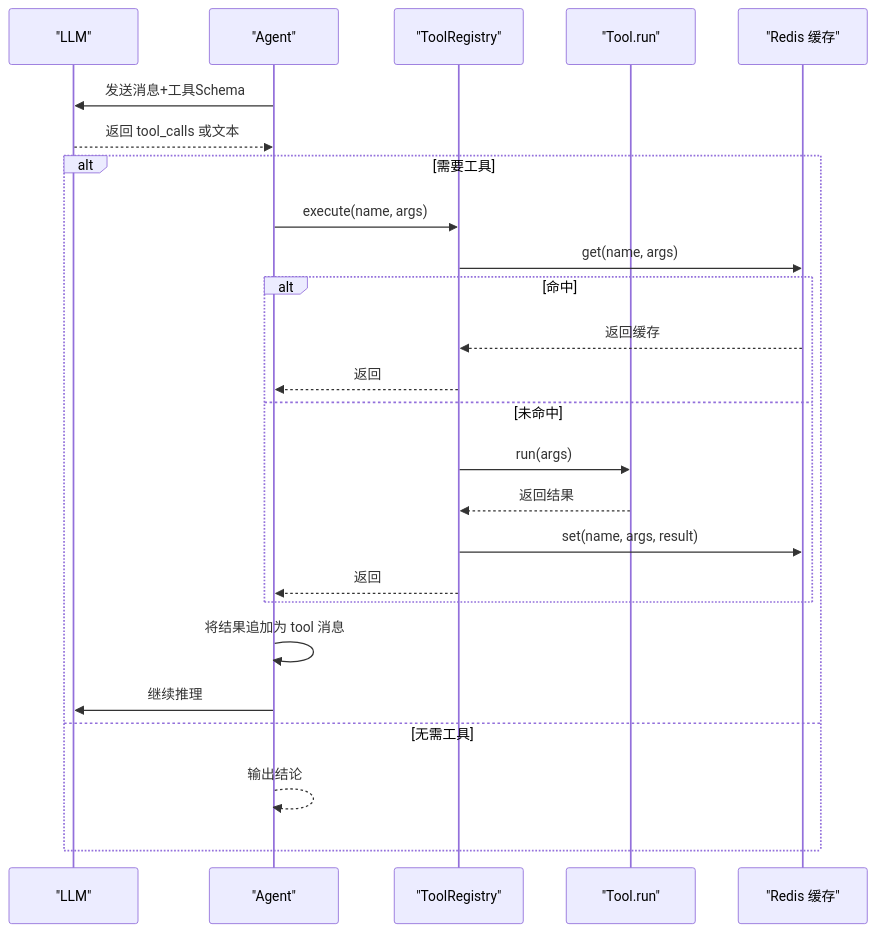
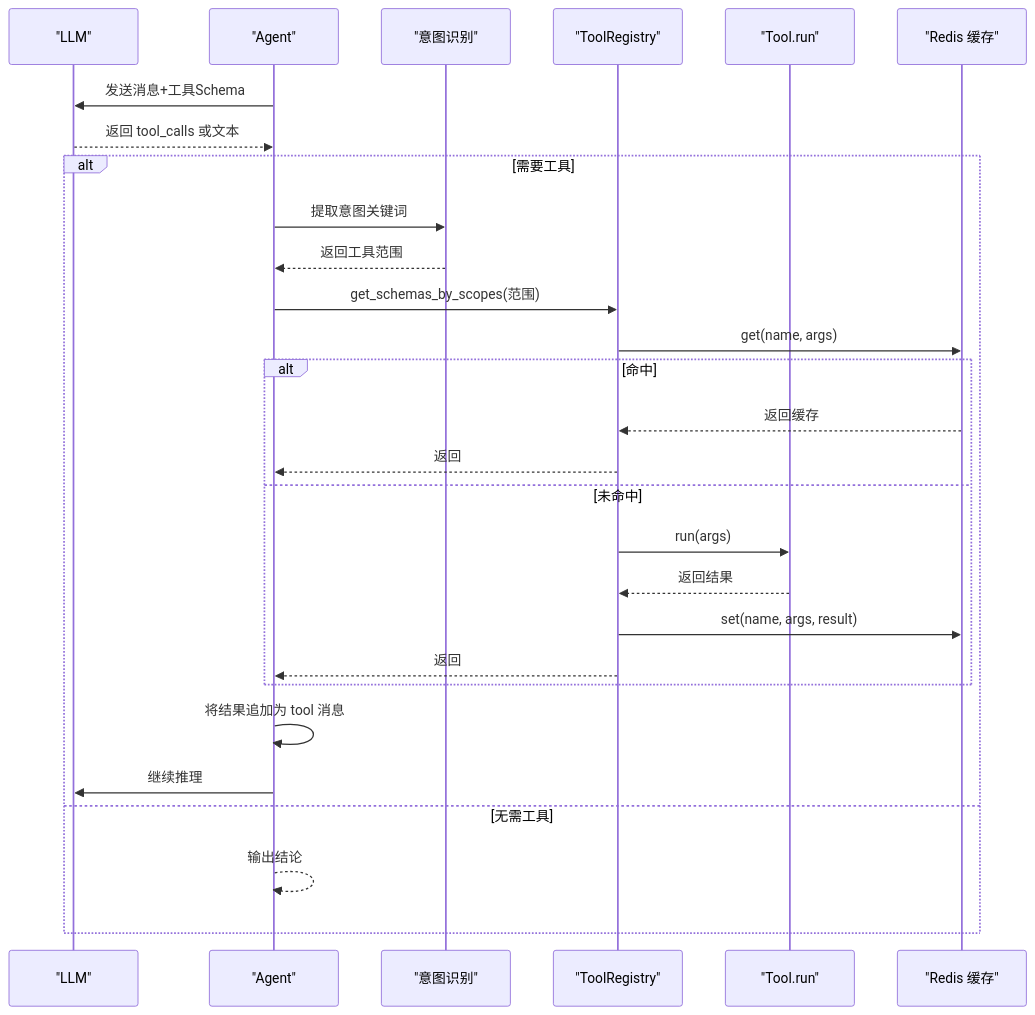
Before and after one commit to songlinhe5-lab/quant_agent: the seventh of 12 diagrams in .qoder/repowiki/zh/content/AI智能代理系统/工具链集成系统/工具链集成系统.md, drawn with Mermaid. The commit also changed other lines of this file and 296 other files, not shown here.

````diff
--- a/.qoder/repowiki/zh/content/AI智能代理系统/工具链集成系统/工具链集成系统.md
+++ b/.qoder/repowiki/zh/content/AI智能代理系统/工具链集成系统/工具链集成系统.md
@@ -181,27 +267,30 @@
 ```mermaid
 sequenceDiagram
 participant L as "LLM"
 participant A as "Agent"
+participant IR as "意图识别"
 participant R as "ToolRegistry"
 participant T as "Tool.run"
 participant C as "Redis 缓存"
 A->>L : 发送消息+工具Schema
 L-->>A : 返回 tool_calls 或文本
 alt 需要工具
-A->>R : execute(name, args)
+A->>IR : 提取意图关键词
+IR-->>A : 返回工具范围
+A->>R : get_schemas_by_scopes(范围)
 R->>C : get(name, args)
 alt 命中
 C-->>R : 返回缓存
 R-->>A : 返回
 else 未命中
 R->>T : run(args)
 T-->>R : 返回结果
 R->>C : set(name, args, result)
 R-->>A : 返回
 end
 A->>A : 将结果追加为 tool 消息
 A->>L : 继续推理
 else 无需工具
 A-->>A : 输出结论
 end
 ```
````
